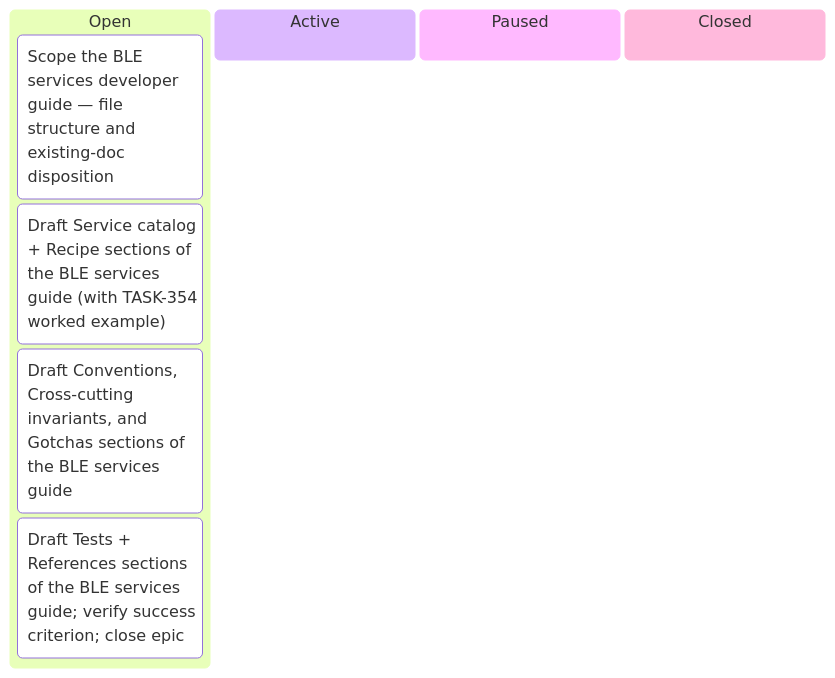
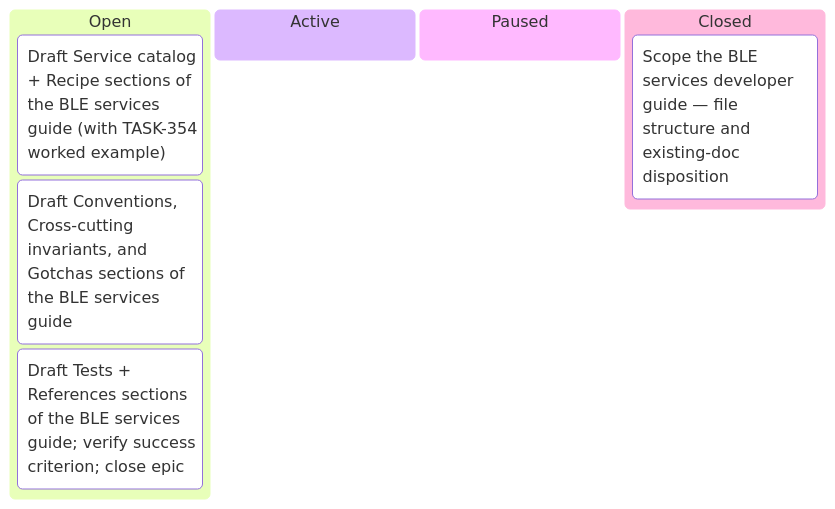
The first of 11 diagrams in docs/developers/tasks/KANBAN.md (tgd1975/AwesomeGuitarPedal), drawn with Mermaid before and after one commit. The commit also changed other lines of this file and 6 other files, not shown here.

Commit message:
close TASK-365: scope BLE services guide — single file, fold IMPLEMENTATION_NOTES, success criterion = next-task adoption

````diff
--- a/docs/developers/tasks/KANBAN.md
+++ b/docs/developers/tasks/KANBAN.md
@@ -11,11 +11,11 @@
 ```mermaid
 kanban
   Open
-    TASK_365["Scope the BLE services developer guide — file structure and existing-doc disposition"]
     TASK_366["Draft Service catalog + Recipe sections of the BLE services guide (with TASK-354 worked example)"]
     TASK_367["Draft Conventions, Cross-cutting invariants, and Gotchas sections of the BLE services guide"]
     TASK_368["Draft Tests + References sections of the BLE services guide; verify success criterion; close epic"]
   Active
   Paused
   Closed
+    TASK_365["Scope the BLE services developer guide — file structure and existing-doc disposition"]
 ```
````
